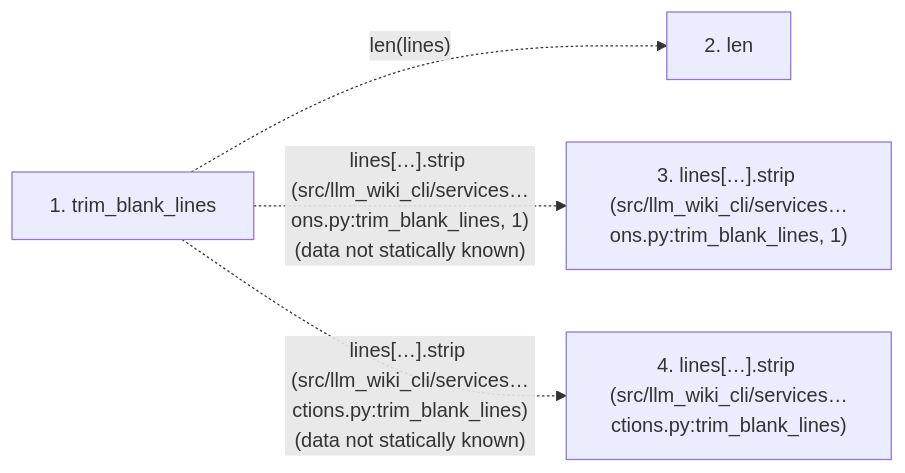
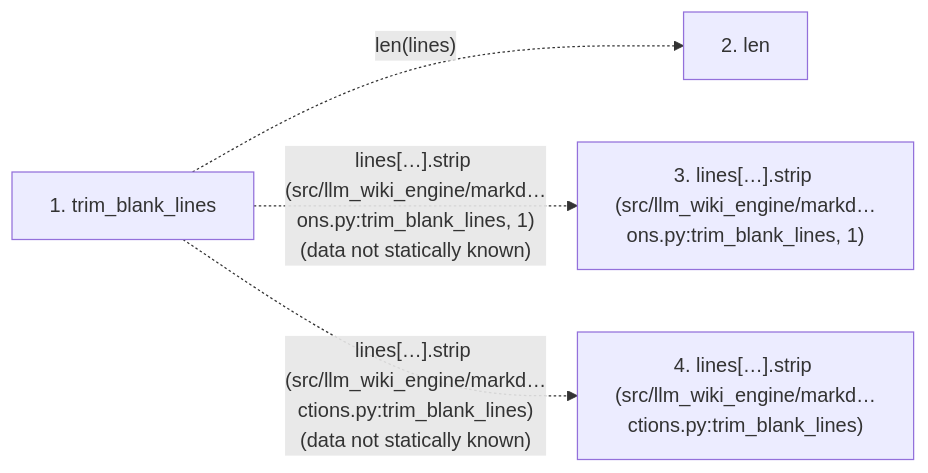
The second of 2 diagrams in docs/llm_wiki/flows/api-trim_blank_lines.md (Denissvgn/python-wiki-llm), drawn with Mermaid before and after one commit. The commit also changed other lines of this file and 1103 other files, not shown here.

First line of the commit message:
docs: refresh the wiki for the llm-wiki-engine distribution

````diff
--- a/docs/llm_wiki/flows/api-trim_blank_lines.md
+++ b/docs/llm_wiki/flows/api-trim_blank_lines.md
@@ -40,11 +40,11 @@
 ```mermaid
 flowchart LR
     s1["1. trim_blank_lines"]
     s2["2. len"]
-    s3["3. lines[…].strip (src/llm_wiki_cli/services…ons.py:trim_blank_lines, 1)"]
-    s4["4. lines[…].strip (src/llm_wiki_cli/services…ctions.py:trim_blank_lines)"]
+    s3["3. lines[…].strip (src/llm_wiki_engine/markd…ons.py:trim_blank_lines, 1)"]
+    s4["4. lines[…].strip (src/llm_wiki_engine/markd…ctions.py:trim_blank_lines)"]
     s1 -. "len(lines)" .-> s2
-    s1 -. "lines[…].strip (src/llm_wiki_cli/services…ons.py:trim_blank_lines, 1)(data not statically known)" .-> s3
-    s1 -. "lines[…].strip (src/llm_wiki_cli/services…ctions.py:trim_blank_lines)(data not statically known)" .-> s4
+    s1 -. "lines[…].strip (src/llm_wiki_engine/markd…ons.py:trim_blank_lines, 1)(data not statically known)" .-> s3
+    s1 -. "lines[…].strip (src/llm_wiki_engine/markd…ctions.py:trim_blank_lines)(data not statically known)" .-> s4
     click s1 "../modules/markdown_sections.md"
 ```
````
